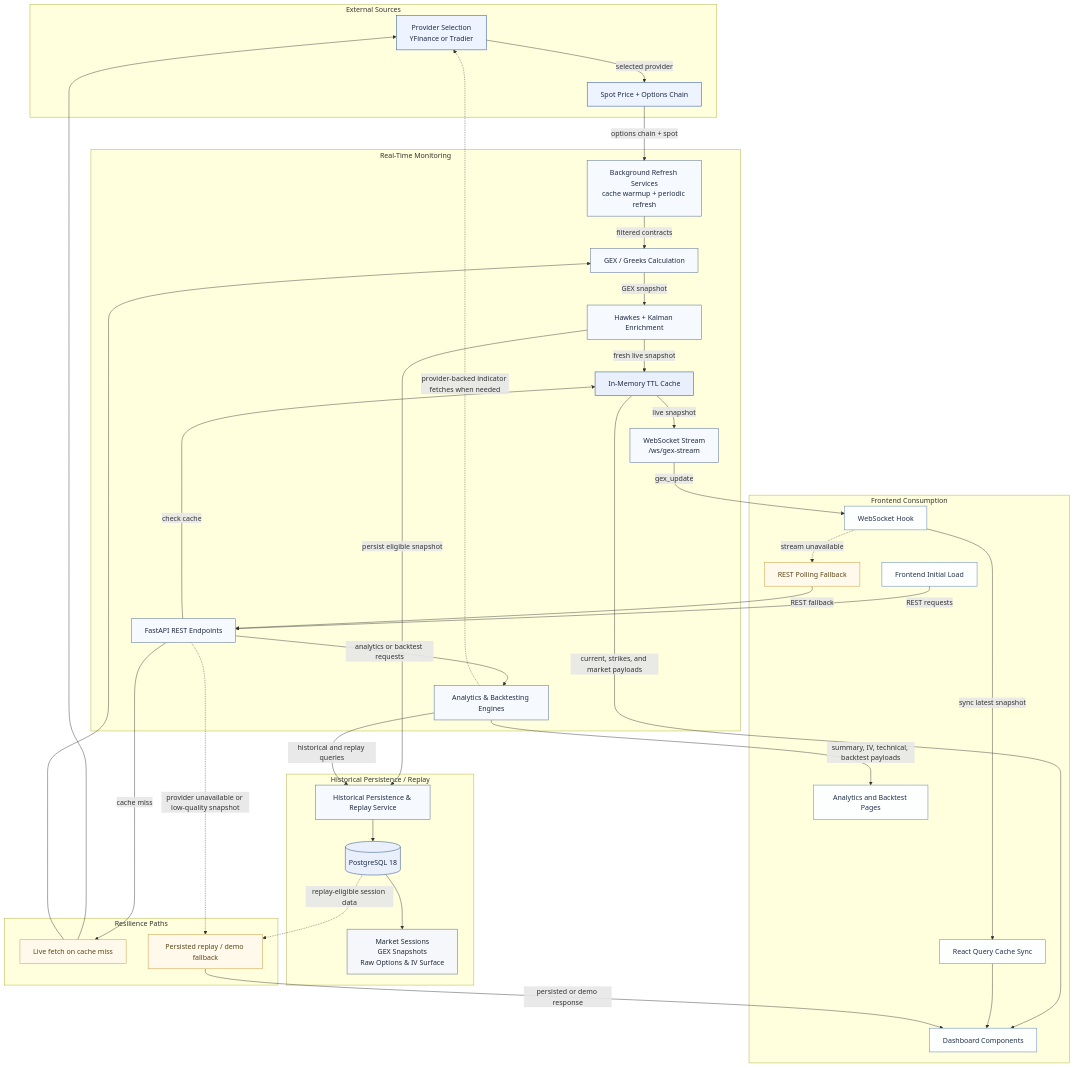
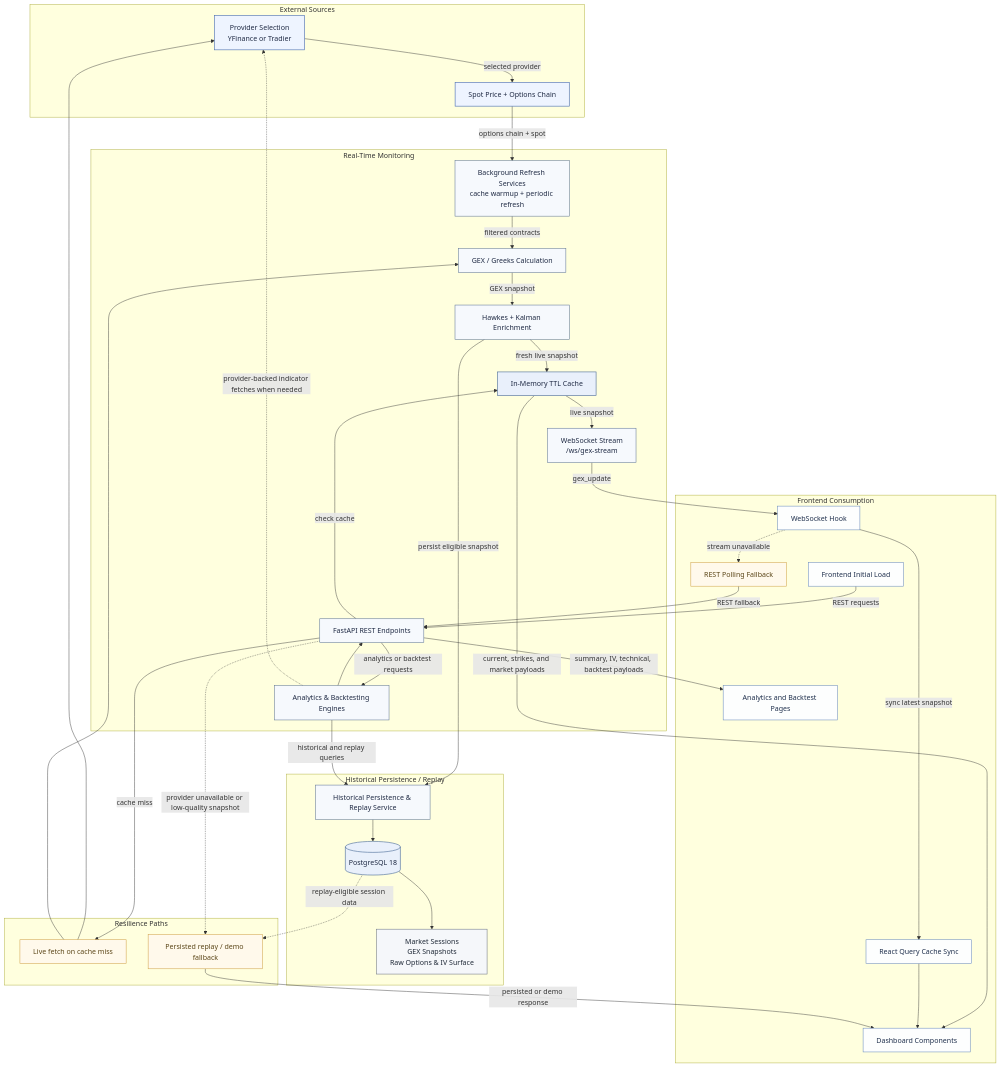
Before and after one commit to puneet-chandna/0DTE-dealer-gamma: the diagram in docs/report/figure-2-runtime-data-and-processing-flow.mmd, drawn with Mermaid. The commit also changed 8 other files, not shown here.

```diff
--- a/docs/report/figure-2-runtime-data-and-processing-flow.mmd
+++ b/docs/report/figure-2-runtime-data-and-processing-flow.mmd
@@ -1,81 +1,82 @@
 flowchart TD
     classDef source fill:#eef4ff,stroke:#4c6fb3,color:#1f2a44,stroke-width:1.4px;
     classDef backend fill:#f6f9fd,stroke:#5f7596,color:#1f2a44,stroke-width:1.2px;
     classDef frontend fill:#fdfefe,stroke:#6a8bbd,color:#20304d,stroke-width:1.2px;
     classDef store fill:#f5f7fa,stroke:#6b7280,color:#1f2937,stroke-width:1.2px;
     classDef fallback fill:#fff9eb,stroke:#d0a34b,color:#5b4618,stroke-width:1.2px;
     classDef accent fill:#e9f0fb,stroke:#4f6f9a,color:#1f2a44,stroke-width:1.4px;
 
     subgraph SRC["External Sources"]
         PROVIDER["Provider Selection<br/>YFinance or Tradier"]
         MARKET["Spot Price + Options Chain"]
     end
 
     subgraph RT["Real-Time Monitoring"]
         BG["Background Refresh Services<br/>cache warmup + periodic refresh"]
         GEX["GEX / Greeks Calculation"]
         ENRICH["Hawkes + Kalman Enrichment"]
         CACHE["In-Memory TTL Cache"]
         REST["FastAPI REST Endpoints"]
         WS["WebSocket Stream<br/>/ws/gex-stream"]
         ANALYTICS["Analytics & Backtesting Engines"]
     end
 
     subgraph HP["Historical Persistence / Replay"]
         HIST["Historical Persistence & Replay Service"]
         PG[("PostgreSQL 18")]
         DATA["Market Sessions<br/>GEX Snapshots<br/>Raw Options & IV Surface"]
     end
 
     subgraph FE["Frontend Consumption"]
         INITIAL["Frontend Initial Load"]
         WSHOOK["WebSocket Hook"]
         RQSYNC["React Query Cache Sync"]
         DASH["Dashboard Components"]
         REPORTPAGES["Analytics and Backtest Pages"]
         POLL["REST Polling Fallback"]
     end
 
     subgraph RES["Resilience Paths"]
         LIVEFETCH["Live fetch on cache miss"]
         REPLAY["Persisted replay / demo fallback"]
     end
 
     PROVIDER -->|"selected provider"| MARKET
     MARKET -->|"options chain + spot"| BG
     BG -->|"filtered contracts"| GEX
     GEX -->|"GEX snapshot"| ENRICH
     ENRICH -->|"fresh live snapshot"| CACHE
     ENRICH -->|"persist eligible snapshot"| HIST
     HIST --> PG
     PG --> DATA
 
     INITIAL -->|"REST requests"| REST
     REST -->|"check cache"| CACHE
     REST -->|"analytics or backtest requests"| ANALYTICS
     ANALYTICS -->|"historical and replay queries"| HIST
+    ANALYTICS --> REST
     ANALYTICS -.->|"provider-backed indicator fetches when needed"| PROVIDER
-    ANALYTICS -->|"summary, IV, technical, backtest payloads"| REPORTPAGES
+    REST -->|"summary, IV, technical, backtest payloads"| REPORTPAGES
     CACHE -->|"current, strikes, and market payloads"| DASH
 
     CACHE -->|"live snapshot"| WS
     WS -->|"gex_update"| WSHOOK
     WSHOOK -->|"sync latest snapshot"| RQSYNC
     RQSYNC --> DASH
 
     REST -->|"cache miss"| LIVEFETCH
     LIVEFETCH --> PROVIDER
     LIVEFETCH --> GEX
     REST -.->|"provider unavailable or low-quality snapshot"| REPLAY
     PG -.->|"replay-eligible session data"| REPLAY
     REPLAY -->|"persisted or demo response"| DASH
 
     WSHOOK -.->|"stream unavailable"| POLL
     POLL -->|"REST fallback"| REST
 
     class PROVIDER,MARKET source;
     class BG,GEX,ENRICH,CACHE,REST,WS,ANALYTICS,HIST backend;
     class INITIAL,WSHOOK,RQSYNC,DASH,REPORTPAGES,POLL frontend;
     class PG,DATA store;
     class LIVEFETCH,REPLAY,POLL fallback;
     class CACHE,PG accent;
```
